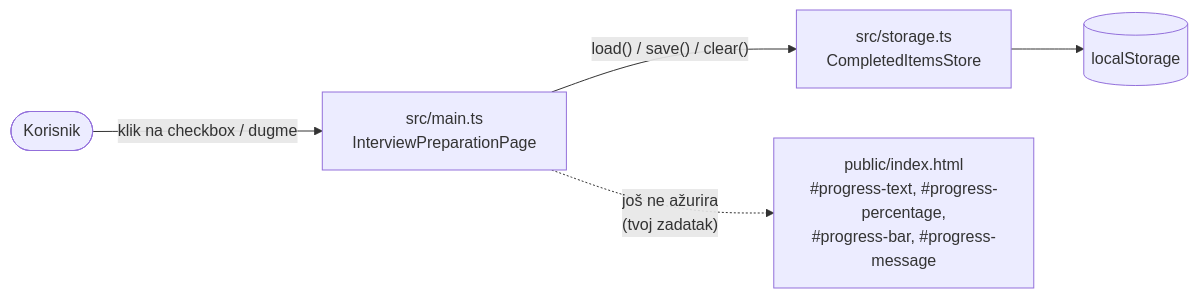
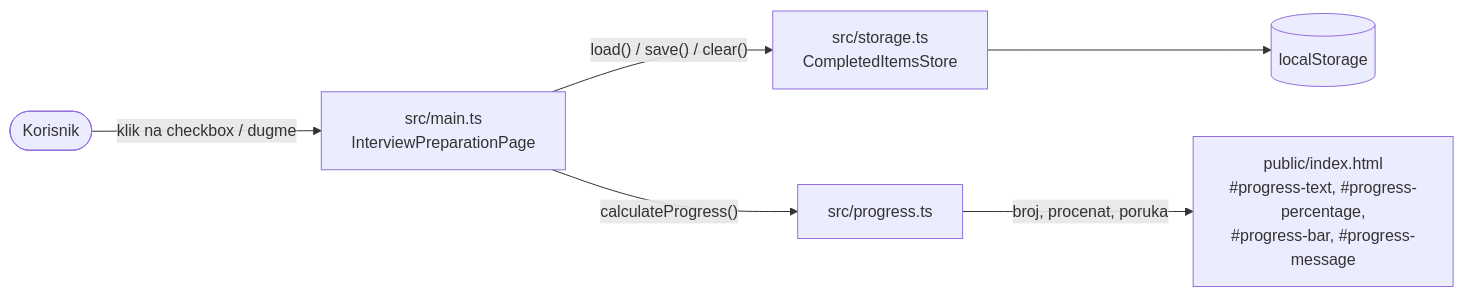
One commit to Serbian-IT-Association/ai-bootcamp-week-1 changed the first of 3 diagrams in README.md. Above: the diagram before and after it, drawn with Mermaid. The commit also changed other lines of this file and 1 other file, not shown here.

````diff
--- a/README.md
+++ b/README.md
@@ -103,7 +105,8 @@
 ```mermaid
 flowchart LR
     User(["Korisnik"]) -- "klik na checkbox / dugme" --> Main["src/main.ts<br/>InterviewPreparationPage"]
     Main -- "load() / save() / clear()" --> Storage["src/storage.ts<br/>CompletedItemsStore"]
     Storage --> LS[("localStorage")]
-    Main -. "još ne ažurira<br/>(tvoj zadatak)" .-> DOM["public/index.html<br/>#progress-text, #progress-percentage,<br/>#progress-bar, #progress-message"]
+    Main -- "calculateProgress()" --> Progress["src/progress.ts"]
+    Progress -- "broj, procenat, poruka" --> DOM["public/index.html<br/>#progress-text, #progress-percentage,<br/>#progress-bar, #progress-message"]
 ```
````
